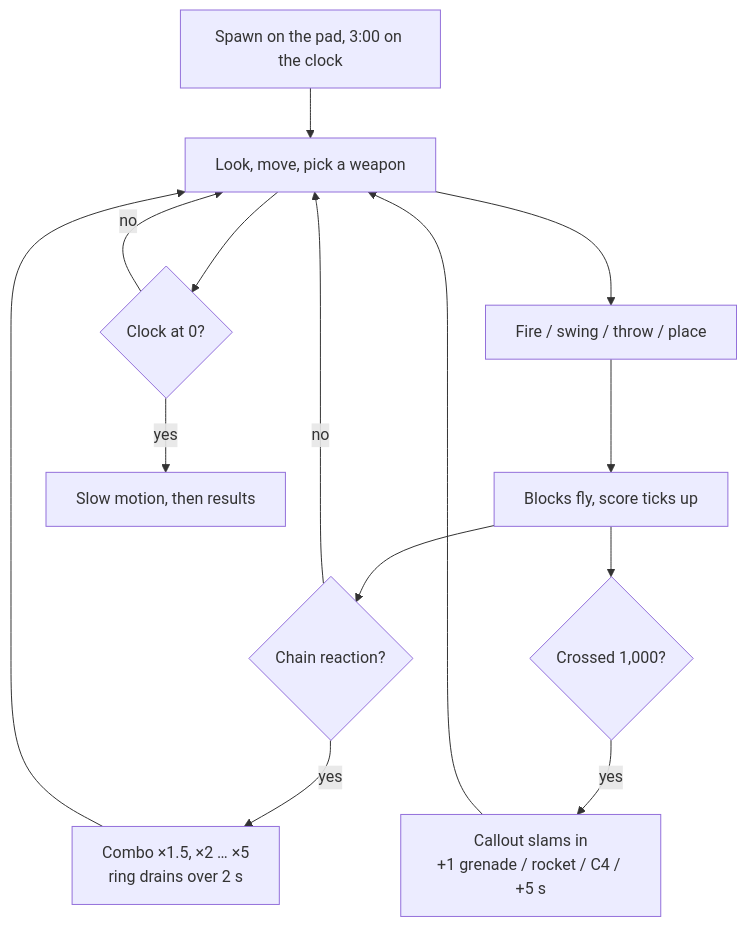
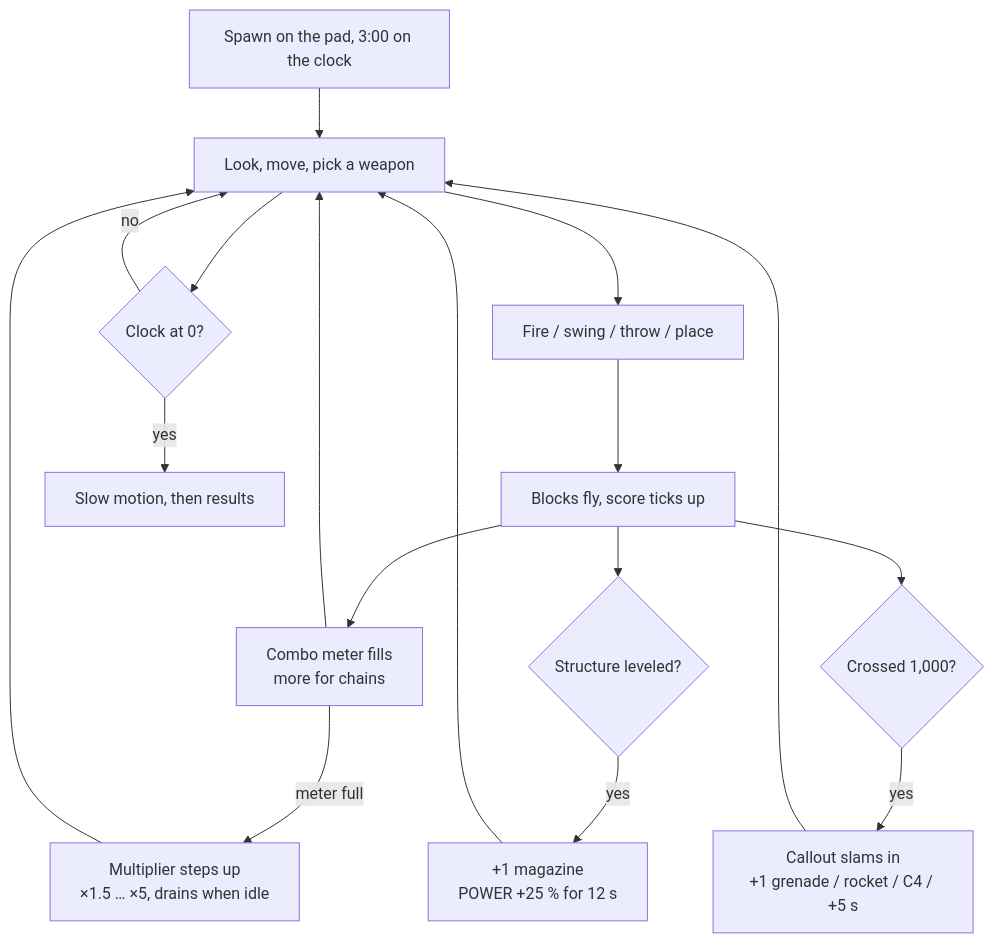
One commit to chesterbait88/Sandbox changed the second of 7 diagrams in docs/PLAYER-FLOW.md. Above: the diagram before and after it, drawn with Mermaid. The commit also changed other lines of this file and 16 other files, not shown here.

First line of the commit message:
hud: combo meter plate, leveled rewards, smaller ammo plate with a C4 pip column

````diff
--- a/docs/PLAYER-FLOW.md
+++ b/docs/PLAYER-FLOW.md
@@ -43,16 +43,19 @@
 ```mermaid
 flowchart TD
     S[Spawn on the pad, 3:00 on the clock] --> L[Look, move, pick a weapon]
     L --> F[Fire / swing / throw / place]
     F --> D[Blocks fly, score ticks up]
-    D --> Q{Chain reaction?}
-    Q -->|yes| X[Combo ×1.5, ×2 … ×5<br/>ring drains over 2 s]
-    Q -->|no| L
+    D --> Q[Combo meter fills<br/>more for chains]
+    Q -->|meter full| X[Multiplier steps up<br/>×1.5 … ×5, drains when idle]
+    Q --> L
     X --> L
+    D --> Lv{Structure leveled?}
+    Lv -->|yes| Rw[+1 magazine<br/>POWER +25 % for 12 s]
+    Rw --> L
     D --> Mi{Crossed 1,000?}
     Mi -->|yes| Ca[Callout slams in<br/>+1 grenade / rocket / C4 / +5 s]
     Ca --> L
     L --> T{Clock at 0?}
     T -->|no| L
     T -->|yes| E[Slow motion, then results]
 ```
````
